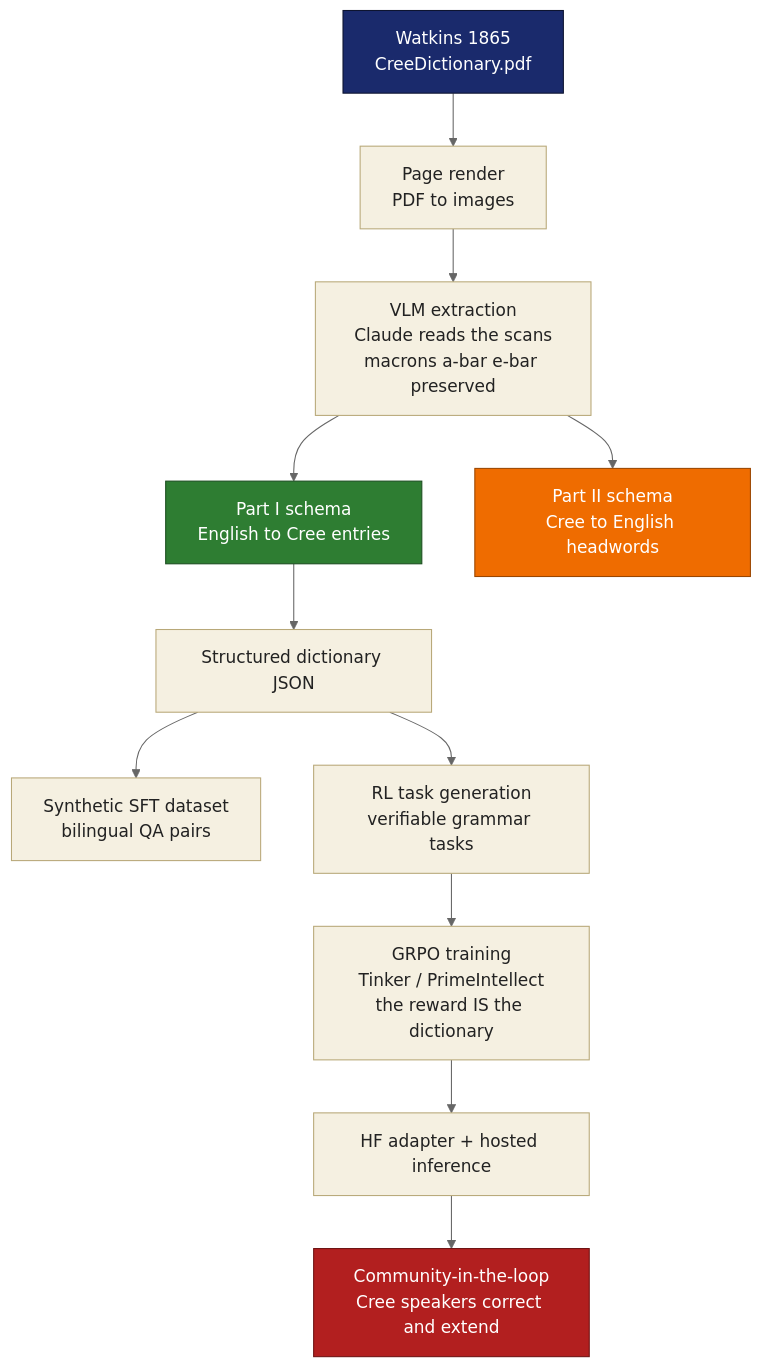
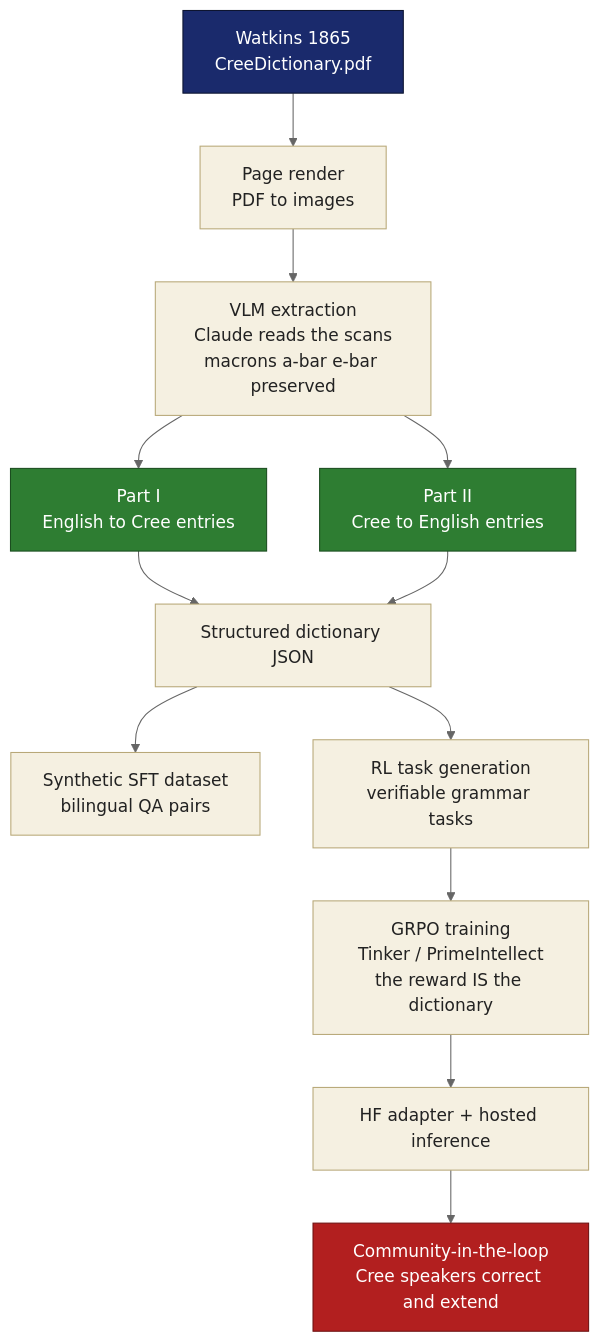
The diagram in README.showcase.md (HarleyCoops/Cree1865), drawn with Mermaid (neutral theme) before and after one commit. The commit also changed other lines of this file and 7 other files, not shown here.

````diff
--- a/README.showcase.md
+++ b/README.showcase.md
@@ -142,19 +93,19 @@
 ```mermaid
 flowchart TD
     A["Watkins 1865<br/>CreeDictionary.pdf"]:::src --> B["Page render<br/>PDF to images"]:::step
     B --> C["VLM extraction<br/>Claude reads the scans<br/>macrons a-bar e-bar preserved"]:::step
-    C --> D["Part I schema<br/>English to Cree entries"]:::ok
-    C --> E["Part II schema<br/>Cree to English headwords"]:::pend
+    C --> D["Part I<br/>English to Cree entries"]:::ok
+    C --> E["Part II<br/>Cree to English entries"]:::ok
     D --> F["Structured dictionary JSON"]:::step
+    E --> F
     F --> G["Synthetic SFT dataset<br/>bilingual QA pairs"]:::step
     F --> H["RL task generation<br/>verifiable grammar tasks"]:::step
     H --> I["GRPO training<br/>Tinker / PrimeIntellect<br/>the reward IS the dictionary"]:::step
     I --> J["HF adapter + hosted inference"]:::step
     J --> K["Community-in-the-loop<br/>Cree speakers correct and extend"]:::comm
 
     classDef src fill:#1a2a6c,stroke:#0d1430,color:#fff;
     classDef step fill:#f5f0e1,stroke:#b8a878,color:#222;
     classDef ok fill:#2e7d32,stroke:#1b4d1f,color:#fff;
-    classDef pend fill:#ef6c00,stroke:#9a4600,color:#fff;
     classDef comm fill:#b21f1f,stroke:#6d1212,color:#fff;
 ```
````
